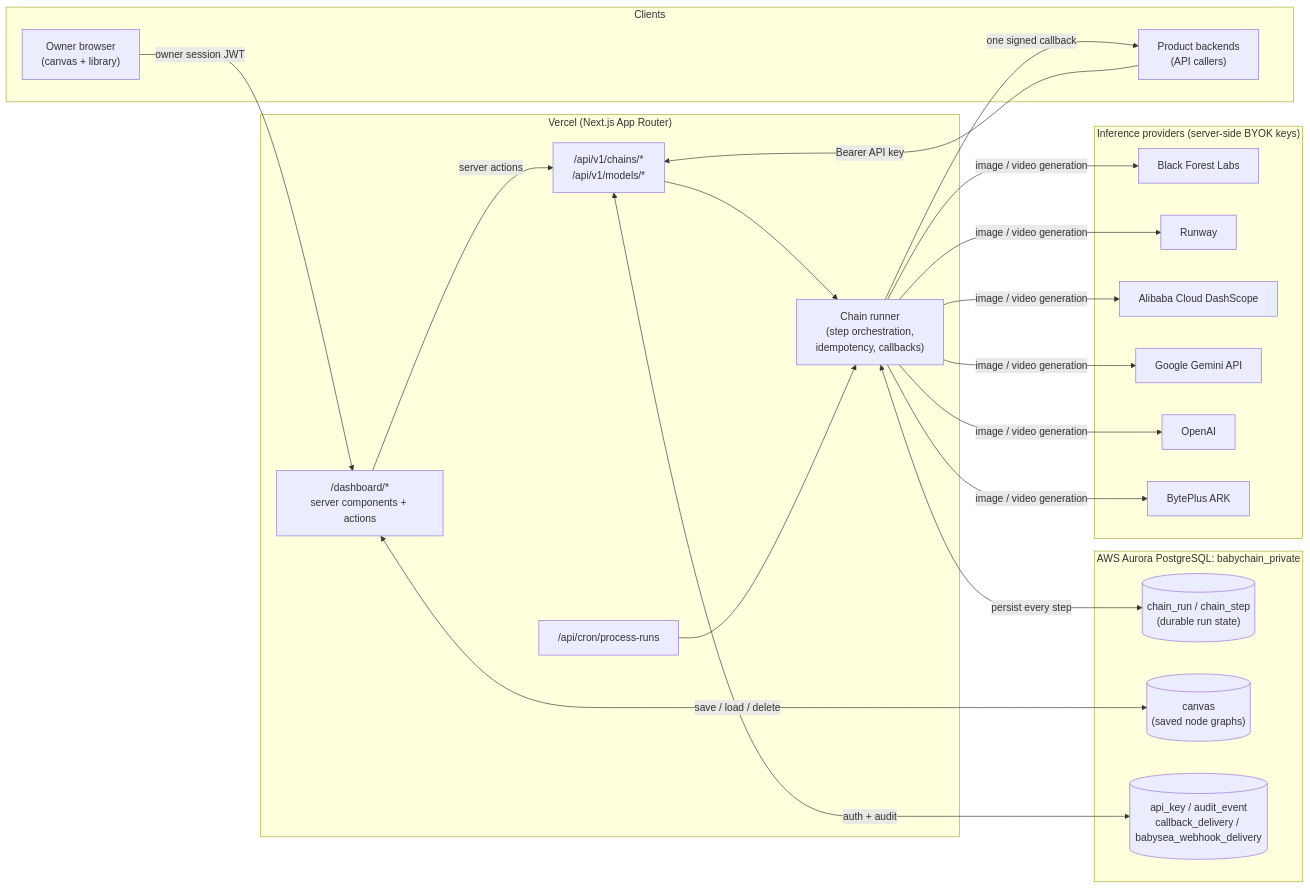
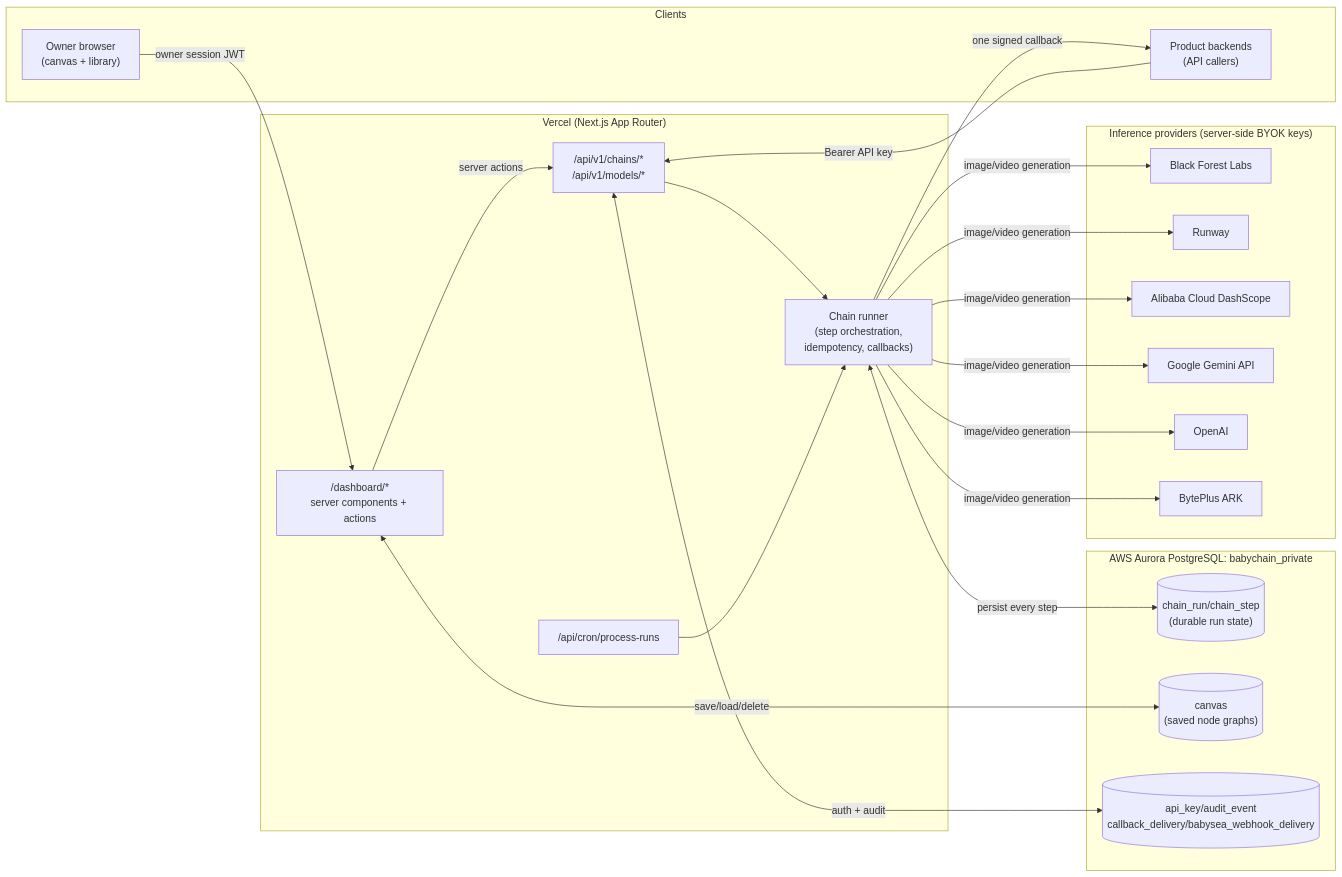
One commit to babysea-community/babychain changed the diagram in README.md. Above: the diagram before and after it, drawn with Mermaid. The commit also changed other lines of this file and 14 other files, not shown here.

````diff
--- a/README.md
+++ b/README.md
@@ -187,40 +187,40 @@
 ```mermaid
 flowchart LR
     subgraph Clients
         OWNER["Owner browser<br/>(canvas + library)"]
         APP["Product backends<br/>(API callers)"]
     end
 
     subgraph Vercel["Vercel (Next.js App Router)"]
         UI["/dashboard/*<br/>server components + actions"]
         API["/api/v1/chains/*<br/>/api/v1/models/*"]
         RUNNER["Chain runner<br/>(step orchestration,<br/>idempotency, callbacks)"]
         CRON["/api/cron/process-runs"]
     end
 
     subgraph AWS["AWS Aurora PostgreSQL: babychain_private"]
-        RUNS[("chain_run / chain_step<br/>(durable run state)")]
+        RUNS[("chain_run/chain_step<br/>(durable run state)")]
         CANVAS[("canvas<br/>(saved node graphs)")]
-        KEYS[("api_key / audit_event<br/>callback_delivery / babysea_webhook_delivery")]
+        KEYS[("api_key/audit_event<br/>callback_delivery/babysea_webhook_delivery")]
     end
 
     subgraph Providers["Inference providers (server-side BYOK keys)"]
         BFL["Black Forest Labs"]
         RW["Runway"]
         ALI["Alibaba Cloud DashScope"]
         GGL["Google Gemini API"]
         OAI["OpenAI"]
         BP["BytePlus ARK"]
     end
 
     OWNER -->|owner session JWT| UI
     APP -->|Bearer API key| API
     UI -->|server actions| API
-    UI <-->|save / load / delete| CANVAS
+    UI <-->|save/load/delete| CANVAS
     API --> RUNNER
     CRON --> RUNNER
     RUNNER <-->|persist every step| RUNS
     API <-->|auth + audit| KEYS
-    RUNNER -->|image / video generation| BFL & RW & ALI & GGL & OAI & BP
+    RUNNER -->|image/video generation| BFL & RW & ALI & GGL & OAI & BP
     RUNNER -->|one signed callback| APP
 ```
````
